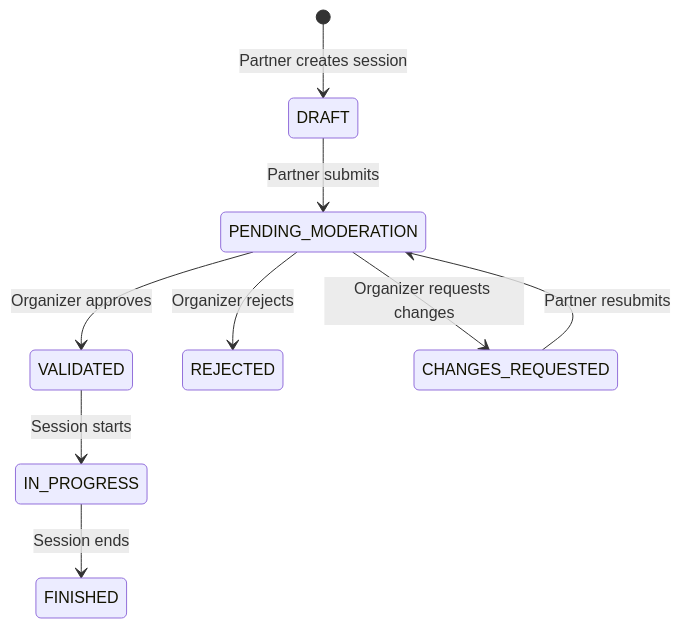
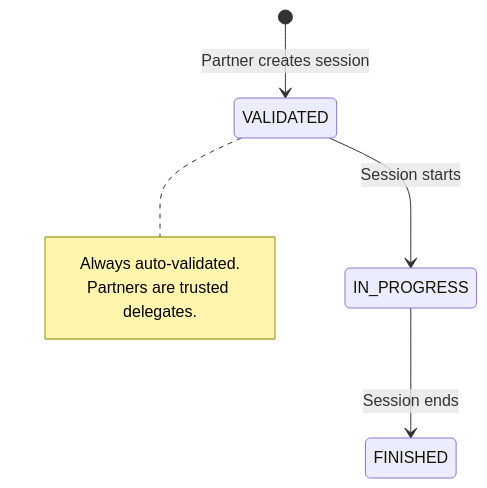
The third of 5 diagrams in backend/doc/session-workflow.md (lolautruche/StructuraLudis), drawn with Mermaid before and after one commit. The commit also changed other lines of this file and 18 other files, not shown here.

````diff
--- a/backend/doc/session-workflow.md
+++ b/backend/doc/session-workflow.md
@@ -89,15 +92,12 @@
 ```mermaid
 stateDiagram-v2
-    [*] --> DRAFT : Partner creates session
+    [*] --> VALIDATED : Partner creates session
 
-    DRAFT --> PENDING_MODERATION : Partner submits
-
-    PENDING_MODERATION --> VALIDATED : Organizer approves
-    PENDING_MODERATION --> REJECTED : Organizer rejects
-    PENDING_MODERATION --> CHANGES_REQUESTED : Organizer requests changes
-
-    CHANGES_REQUESTED --> PENDING_MODERATION : Partner resubmits
+    note right of VALIDATED
+        Always auto-validated.
+        Partners are trusted delegates.
+    end note
 
     VALIDATED --> IN_PROGRESS : Session starts
     IN_PROGRESS --> FINISHED : Session ends
 ```
````
